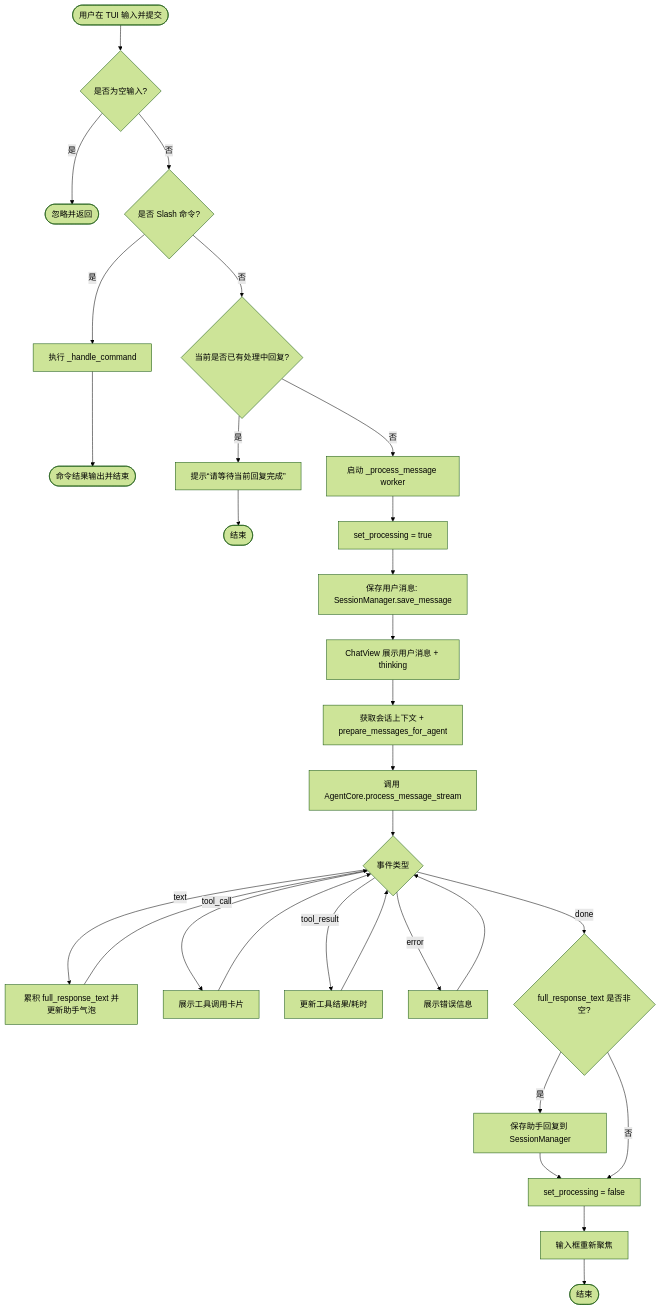
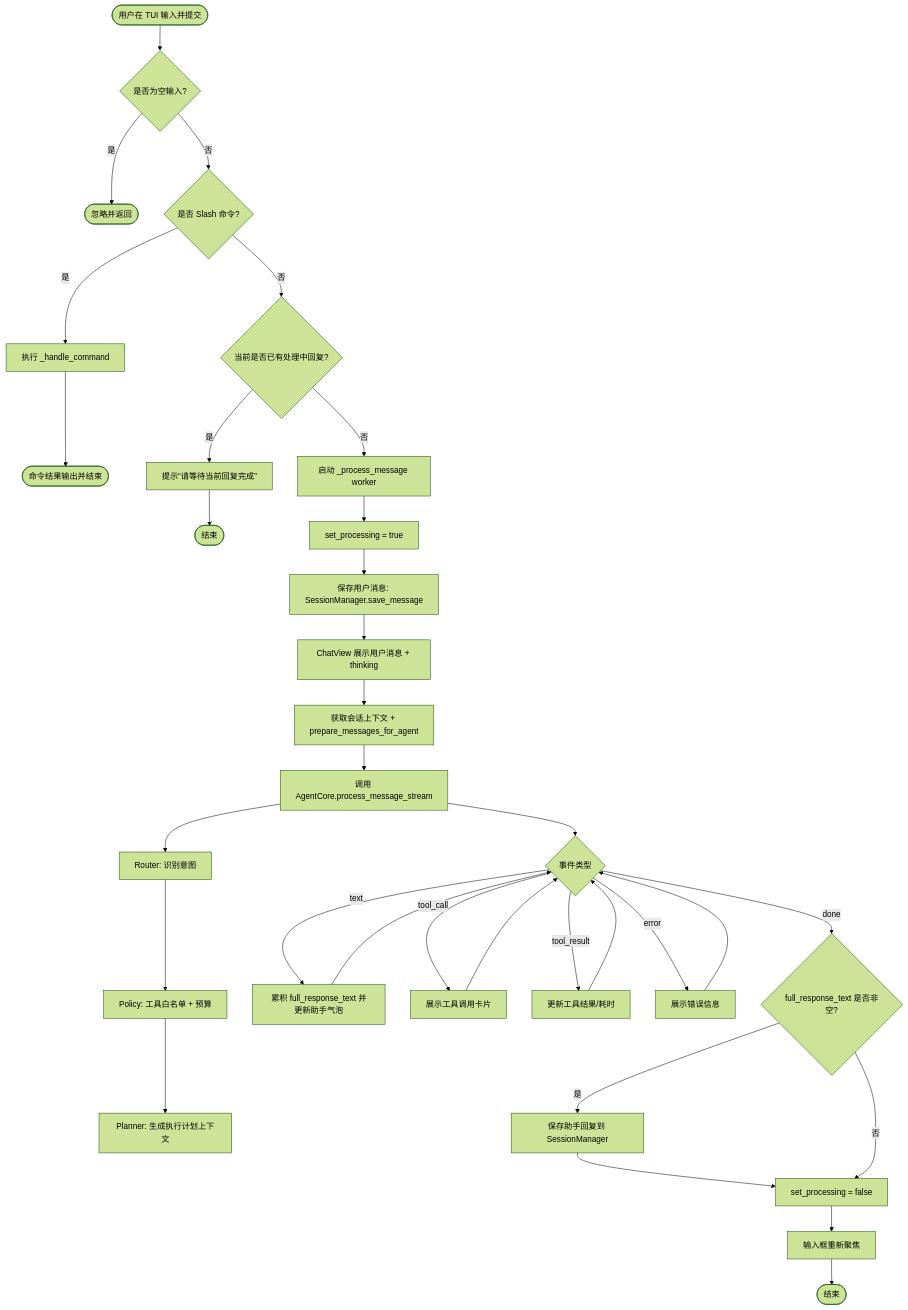
One commit to luoyuncn/shiyi-bot changed the second of 2 diagrams in docs/reference/tui_question_to_answer_diagrams.md. Above: the diagram before and after it, drawn with Mermaid (forest theme). The commit also changed other lines of this file and 39 other files, not shown here.

````diff
--- a/docs/reference/tui_question_to_answer_diagrams.md
+++ b/docs/reference/tui_question_to_answer_diagrams.md
@@ -76,38 +80,41 @@
 ```mermaid
 flowchart TD
     START([用户在 TUI 输入并提交]) --> A{是否为空输入?}
     A -- 是 --> END0([忽略并返回])
     A -- 否 --> B{是否 Slash 命令?}
 
     B -- 是 --> C[执行 _handle_command]
     C --> END1([命令结果输出并结束])
 
     B -- 否 --> D{当前是否已有处理中回复?}
     D -- 是 --> E[提示“请等待当前回复完成”]
     E --> END2([结束])
 
     D -- 否 --> F[启动 _process_message worker]
     F --> G[set_processing = true]
     G --> H[保存用户消息: SessionManager.save_message]
     H --> I[ChatView 展示用户消息 + thinking]
     I --> J[获取会话上下文 + prepare_messages_for_agent]
     J --> K[调用 AgentCore.process_message_stream]
+    K --> K1[Router: 识别意图]
+    K1 --> K2[Policy: 工具白名单 + 预算]
+    K2 --> K3[Planner: 生成执行计划上下文]
 
     K --> L{事件类型}
     L -- text --> M[累积 full_response_text 并更新助手气泡]
     M --> L
     L -- tool_call --> N[展示工具调用卡片]
     N --> L
     L -- tool_result --> O[更新工具结果/耗时]
     O --> L
     L -- error --> P[展示错误信息]
     P --> L
     L -- done --> Q{full_response_text 是否非空?}
 
     Q -- 是 --> R[保存助手回复到 SessionManager]
     R --> S[set_processing = false]
     Q -- 否 --> S
 
     S --> T[输入框重新聚焦]
     T --> END3([结束])
 ```
````
